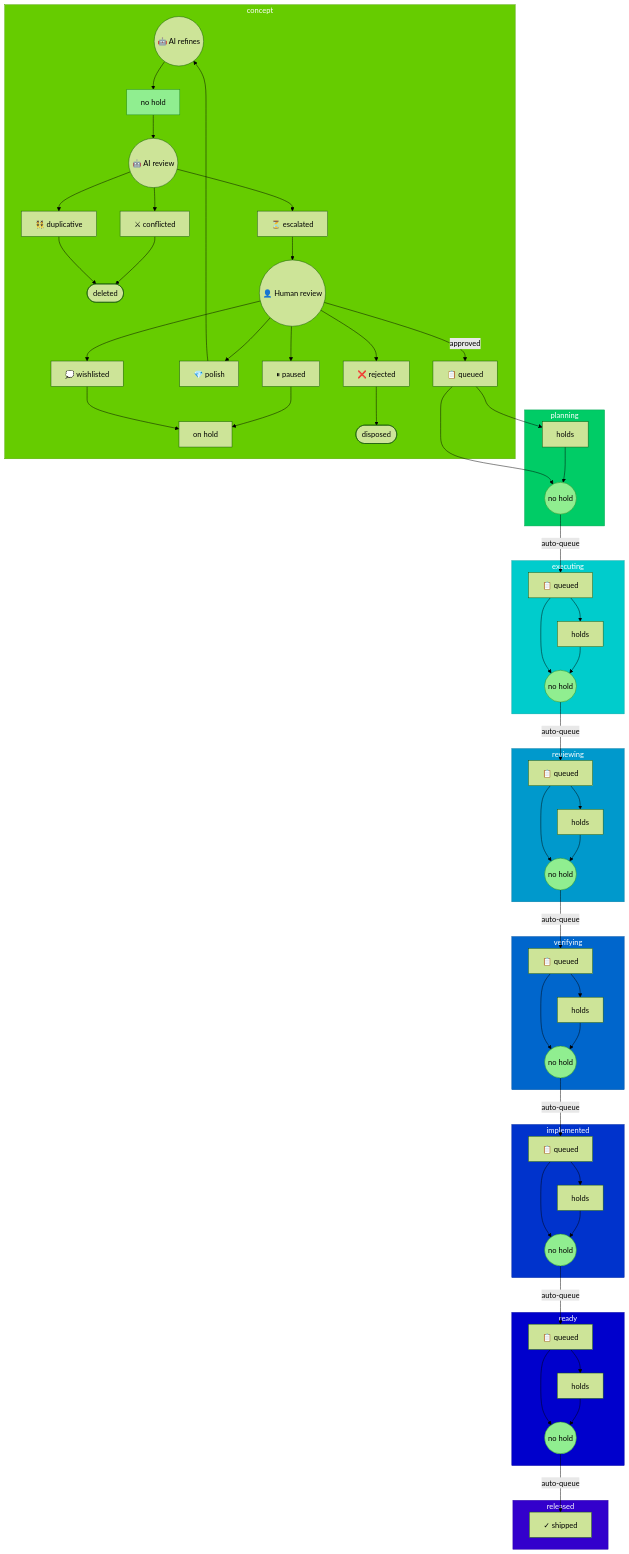
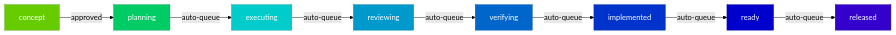
Before and after one commit to Mharbulous/StoryTree: the diagram in claude/skills/story-tree/references/workflow-three-field-model.md, drawn with Mermaid (forest theme). The commit also changed other lines of this file and 7 other files, not shown here.

````diff
--- a/claude/skills/story-tree/references/workflow-three-field-model.md
+++ b/claude/skills/story-tree/references/workflow-three-field-model.md
@@ -62,97 +60,21 @@
 ```mermaid
-flowchart TB
-    subgraph concept_stage [concept]
-        c_refine((🤖 AI refines))
-        c_clear[no hold]
-        c_ai((🤖 AI review))
-        c_conf[⚔ conflicted]
-        c_dup[👯 duplicative]
-        c_del([deleted])
-        c_e[⏳ escalated]
-        c_human((👤 Human review))
-        c_paused[⏸ paused]
-        c_polish[💎 polish]
-        c_wish[💭 wishlisted]
-        c_hold[on hold]
-        c_rej[❌ rejected]
-        c_disposed([disposed])
+flowchart LR
+    concept[concept]
+    planning[planning]
+    executing[executing]
+    reviewing[reviewing]
+    verifying[verifying]
+    implemented[implemented]
+    ready[ready]
+    released[released]
 
-        c_refine --> c_clear
-        c_clear --> c_ai
-        c_ai --> c_conf --> c_del
-        c_ai --> c_dup --> c_del
-        c_ai --> c_e --> c_human
-        c_human --> c_paused --> c_hold
-        c_human --> c_polish --> c_refine
-        c_human --> c_wish --> c_hold
-        c_human --> c_rej --> c_disposed
-        c_human -->|approved| p_q
-    end
-
-    subgraph planning_stage [planning]
-        p_q[📋 queued]
-        p_h[holds]
-        p_clear((no hold))
-        p_q --> p_h
-        p_h --> p_clear
-        p_q --> p_clear
-    end
-
-    subgraph executing_stage [executing]
-        e_q[📋 queued]
-        e_h[holds]
-        e_clear((no hold))
-        e_q --> e_h
-        e_h --> e_clear
-        e_q --> e_clear
-    end
-
-    subgraph review_stage [reviewing]
-        r_q[📋 queued]
-        r_h[holds]
-        r_clear((no hold))
-        r_q --> r_h
-        r_h --> r_clear
-        r_q --> r_clear
-    end
-
-    subgraph verify_stage [verifying]
-        v_q[📋 queued]
-        v_h[holds]
-        v_clear((no hold))
-        v_q --> v_h
-        v_h --> v_clear
-        v_q --> v_clear
-    end
-
-    subgraph impl_stage [implemented]
-        i_q[📋 queued]
-        i_h[holds]
-        i_clear((no hold))
-        i_q --> i_h
-        i_h --> i_clear
-        i_q --> i_clear
-    end
-
-    subgraph ready_stage [ready]
-        rd_q[📋 queued]
-        rd_h[holds]
-        rd_clear((no hold))
-        rd_q --> rd_h
-        rd_h --> rd_clear
-        rd_q --> rd_clear
-    end
-
-    subgraph released_stage [released]
-        rel[✓ shipped]
-    end
-
-    p_clear -->|auto-queue| e_q
-    e_clear -->|auto-queue| r_q
-    r_clear -->|auto-queue| v_q
-    v_clear -->|auto-queue| i_q
-    i_clear -->|auto-queue| rd_q
-    rd_clear -->|auto-queue| rel
+    concept -->|approved| planning
+    planning -->|auto-queue| executing
+    executing -->|auto-queue| reviewing
+    reviewing -->|auto-queue| verifying
+    verifying -->|auto-queue| implemented
+    implemented -->|auto-queue| ready
+    ready -->|auto-queue| released
 
     classDef conceptBox fill:#66CC00,stroke:#52A300,color:#fff
     classDef planningBox fill:#00CC66,stroke:#00A352,color:#fff
@@ -162,15 +84,12 @@
     classDef implementedBox fill:#0033CC,stroke:#0029A3,color:#fff
     classDef readyBox fill:#0000CC,stroke:#0000A3,color:#fff
     classDef releasedBox fill:#3300CC,stroke:#2900A3,color:#fff
-    classDef clearNode fill:#90EE90,stroke:#228B22,color:#000
-
-    class concept_stage conceptBox
-    class planning_stage planningBox
-    class executing_stage executingBox
-    class review_stage reviewingBox
-    class verify_stage verifyingBox
-    class impl_stage implementedBox
-    class ready_stage readyBox
-    class released_stage releasedBox
-    class c_clear,p_clear,e_clear,r_clear,v_clear,i_clear,rd_clear clearNode
+    class concept conceptBox
+    class planning planningBox
+    class executing executingBox
+    class reviewing reviewingBox
+    class verifying verifyingBox
+    class implemented implementedBox
+    class ready readyBox
+    class released releasedBox
 ```
````
